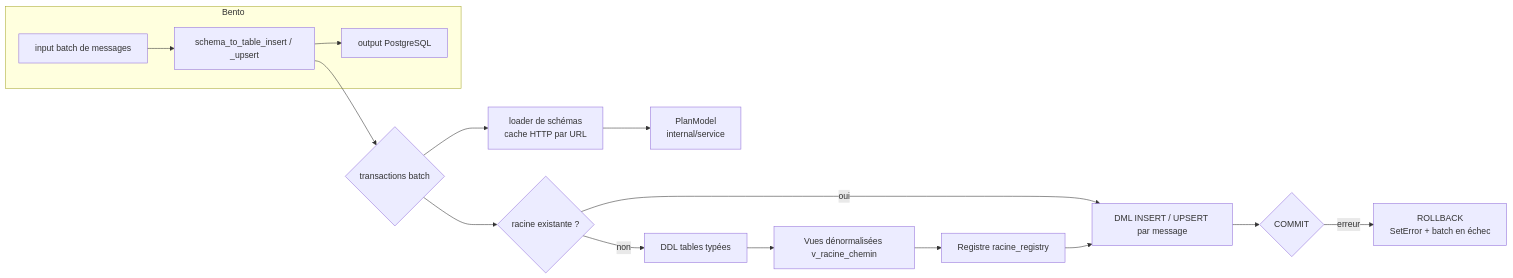
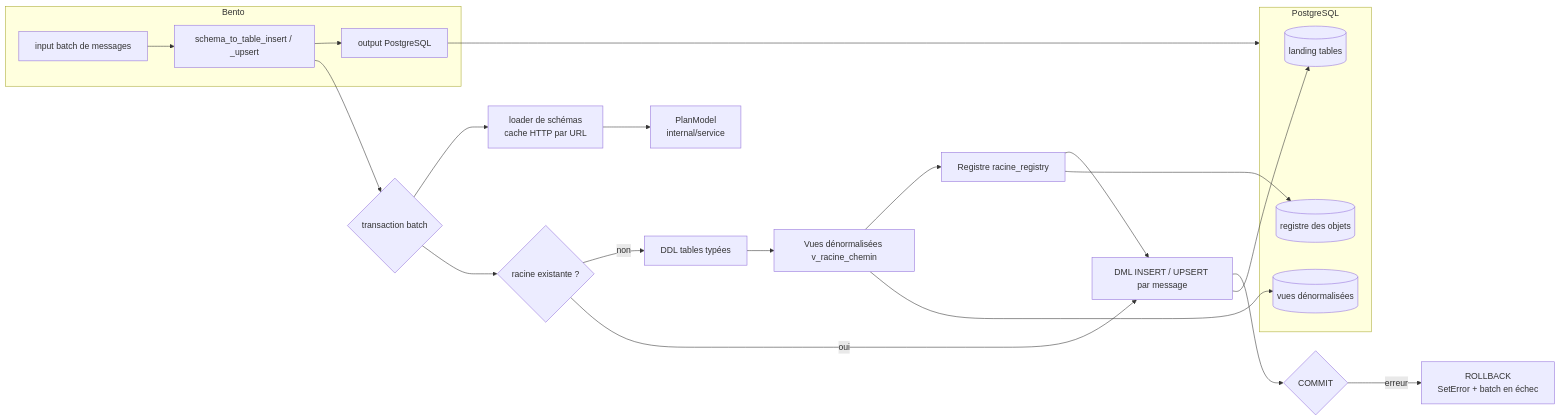
The diagram in PROCESSORS.md (laurentpoirierfr/schema-to-table), drawn with Mermaid before and after one commit. The commit also changed 1 other file, not shown here.

Commit message:
init project

````diff
--- a/PROCESSORS.md
+++ b/PROCESSORS.md
@@ -54,19 +54,29 @@
 ```mermaid
 flowchart LR
     subgraph Bento
         IN[input batch de messages] --> P[schema_to_table_insert / _upsert]
         P --> OUT[output PostgreSQL]
     end
 
-    P --> M{transactions batch}
+    P --> M{transaction batch}
     M --> L[loader de schémas<br/>cache HTTP par URL]
     L --> PL[PlanModel<br/>internal/service]
     M --> DDL{racine existante ?}
     DDL -- non --> D1[DDL tables typées]
     D1 --> D2[Vues dénormalisées v_racine_chemin]
     D2 --> D3[Registre racine_registry]
     DDL -- oui --> DML[DML INSERT / UPSERT par message]
     D3 --> DML
     DML --> C{COMMIT}
     C -- erreur --> RB[ROLLBACK<br/>SetError + batch en échec]
+
+    subgraph PG["PostgreSQL"]
+        landing[(landing tables)]
+        views[(vues dénormalisées)]
+        registry[(registre des objets)]
+    end
+    OUT --> PG
+    DML --> landing
+    D2 --> views
+    D3 --> registry
 ```
````
